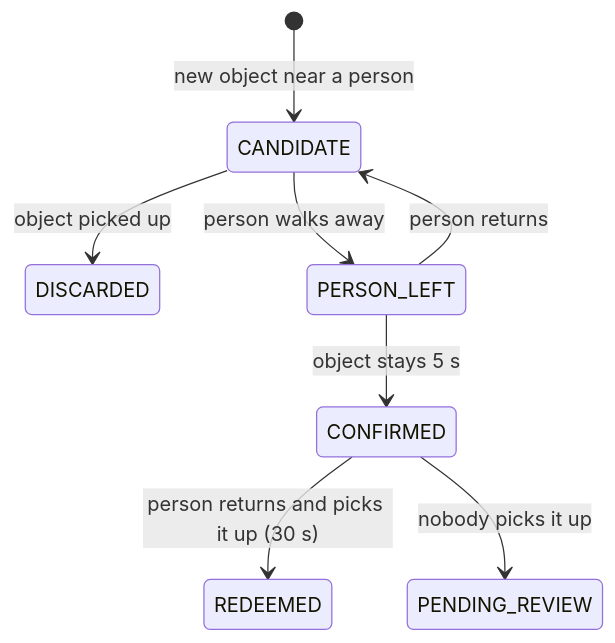
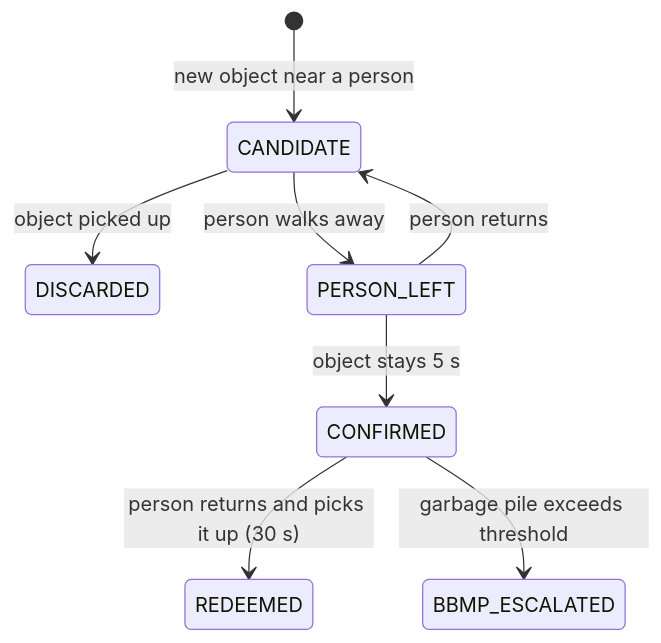
Before and after one commit to samartthhiregoudar-droid/cleanloop: the second of 2 diagrams in README.md, drawn with Mermaid. The commit also changed other lines of this file and 7 other files, not shown here.

````diff
--- a/README.md
+++ b/README.md
@@ -42,10 +43,10 @@
 ```mermaid
 stateDiagram-v2
     [*] --> CANDIDATE: new object near a person
     CANDIDATE --> DISCARDED: object picked up
     CANDIDATE --> PERSON_LEFT: person walks away
     PERSON_LEFT --> CANDIDATE: person returns
     PERSON_LEFT --> CONFIRMED: object stays 5 s
     CONFIRMED --> REDEEMED: person returns and picks it up (30 s)
-    CONFIRMED --> PENDING_REVIEW: nobody picks it up
+    CONFIRMED --> BBMP_ESCALATED: garbage pile exceeds threshold
 ```
````
